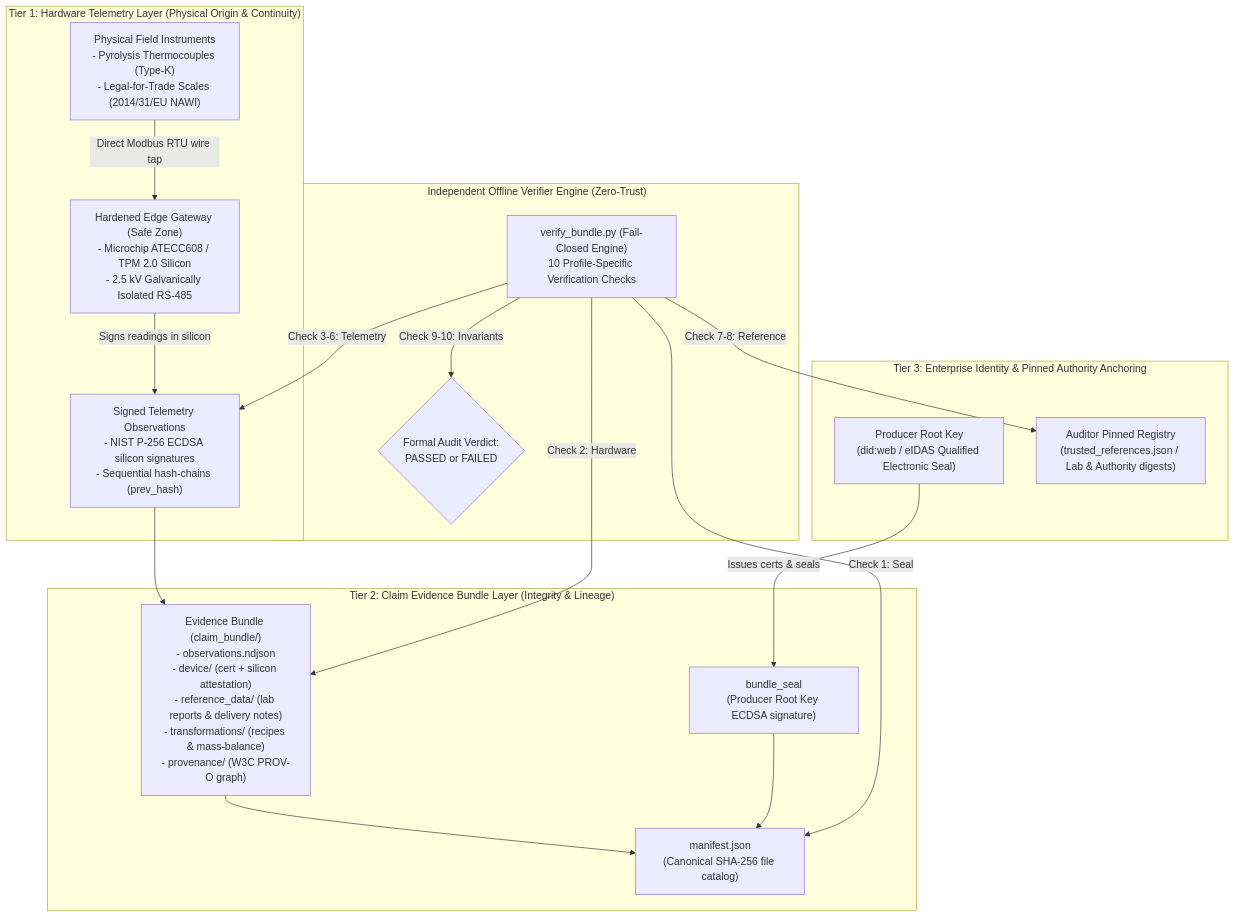
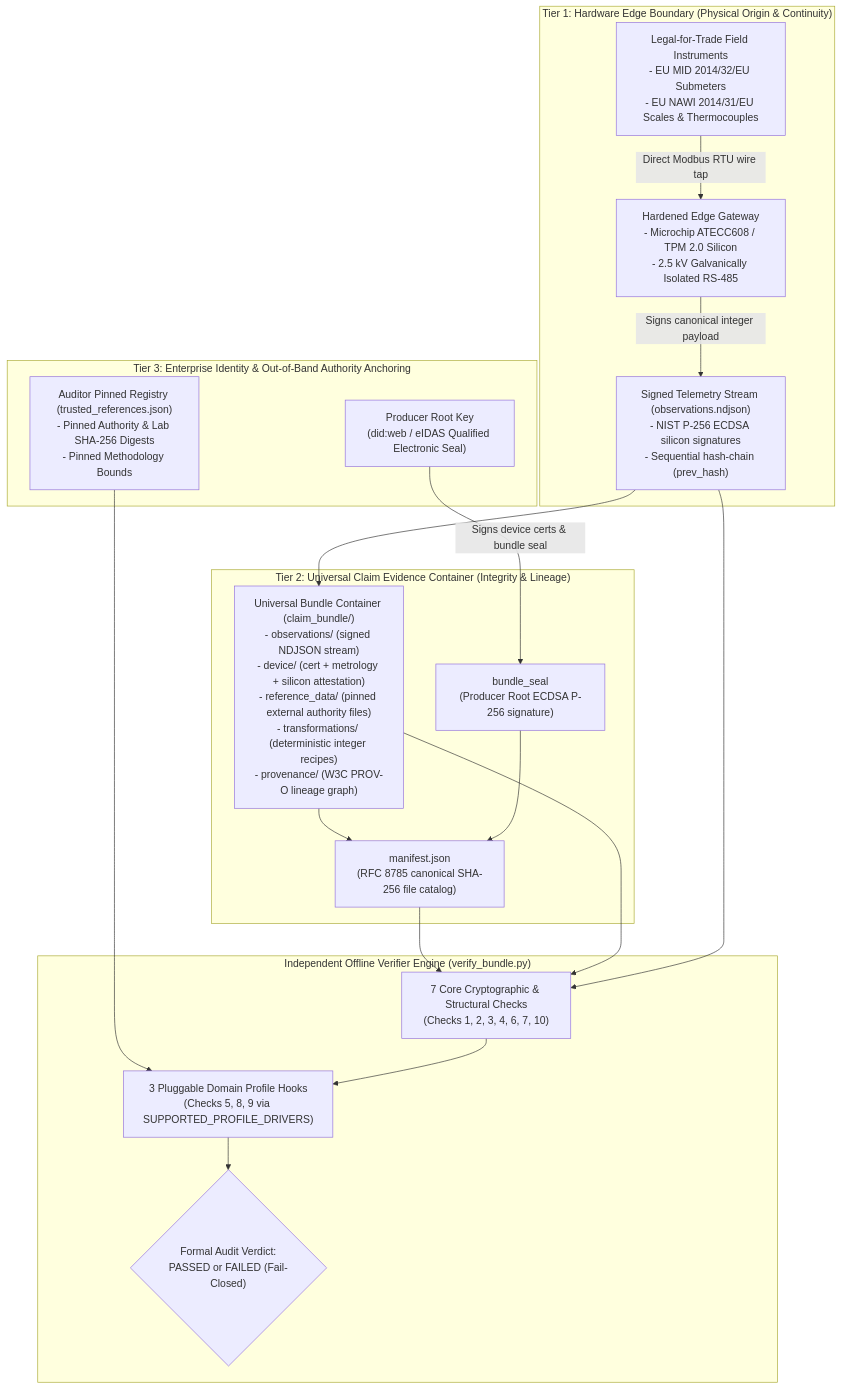
Before and after one commit to aloysiusjebanson-lab/trustworthy-telemetry: the diagram in 02_protocol/evidence_bundle_spec.md, drawn with Mermaid. The commit also changed other lines of this file and 4 other files, not shown here.

Commit message:
Refactor architecture, verifier CLI, protocol specs, and NLnet draft to Universal Engine-First design

````diff
--- a/02_protocol/evidence_bundle_spec.md
+++ b/02_protocol/evidence_bundle_spec.md
@@ -28,34 +60,37 @@
 ```mermaid
 flowchart TD
-    subgraph T1["Tier 1: Hardware Telemetry Layer (Physical Origin & Continuity)"]
-        SENSORS["Physical Field Instruments\n- Pyrolysis Thermocouples (Type-K)\n- Legal-for-Trade Scales (2014/31/EU NAWI)"]
-        GATEWAY["Hardened Edge Gateway (Safe Zone)\n- Microchip ATECC608 / TPM 2.0 Silicon\n- 2.5 kV Galvanically Isolated RS-485"]
-        OBS["Signed Telemetry Observations\n- NIST P-256 ECDSA silicon signatures\n- Sequential hash-chains (prev_hash)"]
+    subgraph T1["Tier 1: Hardware Edge Boundary (Physical Origin & Continuity)"]
+        SENSORS["Legal-for-Trade Field Instruments\n- EU MID 2014/32/EU Submeters\n- EU NAWI 2014/31/EU Scales & Thermocouples"]
+        GATEWAY["Hardened Edge Gateway\n- Microchip ATECC608 / TPM 2.0 Silicon\n- 2.5 kV Galvanically Isolated RS-485"]
+        OBS["Signed Telemetry Stream (observations.ndjson)\n- NIST P-256 ECDSA silicon signatures\n- Sequential hash-chain (prev_hash)"]
         SENSORS -->|Direct Modbus RTU wire tap| GATEWAY
-        GATEWAY -->|Signs readings in silicon| OBS
+        GATEWAY -->|Signs canonical integer payload| OBS
     end
 
-    subgraph T2["Tier 2: Claim Evidence Bundle Layer (Integrity & Lineage)"]
-        BUNDLE["Evidence Bundle (claim_bundle/)\n- observations.ndjson\n- device/ (cert + silicon attestation)\n- reference_data/ (lab reports & delivery notes)\n- transformations/ (recipes & mass-balance)\n- provenance/ (W3C PROV-O graph)"]
-        MANIFEST["manifest.json\n(Canonical SHA-256 file catalog)"]
-        SEAL["bundle_seal\n(Producer Root Key ECDSA signature)"]
+    subgraph T2["Tier 2: Universal Claim Evidence Container (Integrity & Lineage)"]
+        BUNDLE["Universal Bundle Container (claim_bundle/)\n- observations/ (signed NDJSON stream)\n- device/ (cert + metrology + silicon attestation)\n- reference_data/ (pinned external authority files)\n- transformations/ (deterministic integer recipes)\n- provenance/ (W3C PROV-O lineage graph)"]
+        MANIFEST["manifest.json\n(RFC 8785 canonical SHA-256 file catalog)"]
+        SEAL["bundle_seal\n(Producer Root ECDSA P-256 signature)"]
         OBS --> BUNDLE
         BUNDLE --> MANIFEST
         SEAL --> MANIFEST
     end
 
-    subgraph T3["Tier 3: Enterprise Identity & Pinned Authority Anchoring"]
+    subgraph T3["Tier 3: Enterprise Identity & Out-of-Band Authority Anchoring"]
         ROOT_KEY["Producer Root Key\n(did:web / eIDAS Qualified Electronic Seal)"]
-        REGISTRY["Auditor Pinned Registry\n(trusted_references.json / Lab & Authority digests)"]
-        ROOT_KEY -->|Issues certs & seals| SEAL
+        REGISTRY["Auditor Pinned Registry (trusted_references.json)\n- Pinned Authority & Lab SHA-256 Digests\n- Pinned Methodology Bounds"]
+        ROOT_KEY -->|Signs device certs & bundle seal| SEAL
     end
 
-    subgraph AUDIT["Independent Offline Verifier Engine (Zero-Trust)"]
-        VERIFY["verify_bundle.py (Fail-Closed Engine)\n10 Profile-Specific Verification Checks"]
-        VERIFY -->|Check 1: Seal| MANIFEST
-        VERIFY -->|Check 2: Hardware| BUNDLE
-        VERIFY -->|Check 3-6: Telemetry| OBS
-        VERIFY -->|Check 7-8: Reference| REGISTRY
-        VERIFY -->|Check 9-10: Invariants| VERDICT{"Formal Audit Verdict:\nPASSED or FAILED"}
+    subgraph AUDIT["Independent Offline Verifier Engine (verify_bundle.py)"]
+        CORE["7 Core Cryptographic & Structural Checks\n(Checks 1, 2, 3, 4, 6, 7, 10)"]
+        HOOKS["3 Pluggable Domain Profile Hooks\n(Checks 5, 8, 9 via SUPPORTED_PROFILE_DRIVERS)"]
+        VERDICT{"Formal Audit Verdict:\nPASSED or FAILED (Fail-Closed)"}
+        MANIFEST --> CORE
+        BUNDLE --> CORE
+        OBS --> CORE
+        REGISTRY --> HOOKS
+        CORE --> HOOKS
+        HOOKS --> VERDICT
     end
 ```
````
